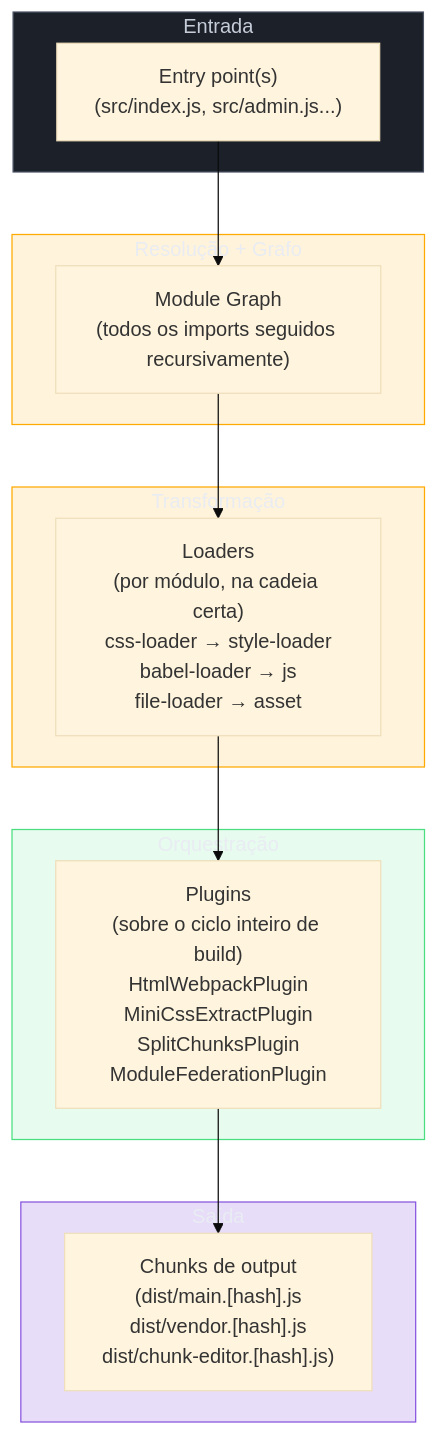
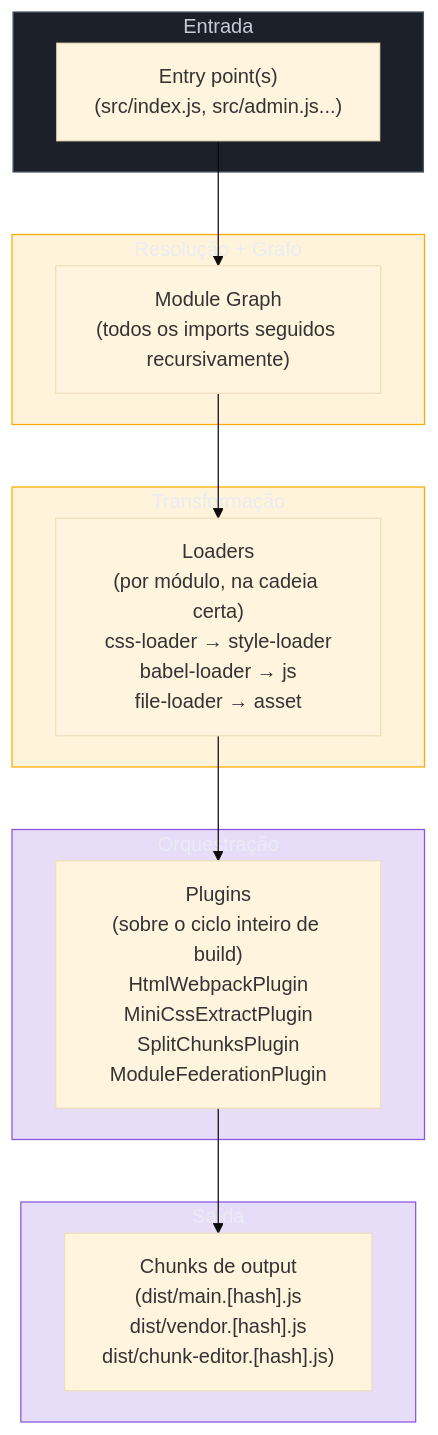
One commit to josenaldo/codex-technomanticus changed the first of 10 diagrams in 03-Dominios/Tecnologia/Tooling e Build/11 - webpack - o veterano.md. Above: the diagram before and after it, drawn with Mermaid (base theme). The commit also changed other lines of this file and 601 other files, not shown here.

````diff
--- a/03-Dominios/Tecnologia/Tooling e Build/11 - webpack - o veterano.md
+++ b/03-Dominios/Tecnologia/Tooling e Build/11 - webpack - o veterano.md
@@ -53,34 +53,33 @@
 ```mermaid
 flowchart TD
     classDef neutro fill:#1B2029,stroke:#4E5666,color:#C6CCD8
     classDef destaque fill:#FFAA0024,stroke:#FFAA00,color:#E9ECF2
-    classDef ok fill:#4ADE8021,stroke:#4ADE80,color:#E9ECF2
     classDef marca fill:#8855DF33,stroke:#8855DF,color:#E9ECF2
     subgraph INPUT["Entrada"]
         E["Entry point(s)\n(src/index.js, src/admin.js...)"]
     end
 
     subgraph RESOLVE["Resolução + Grafo"]
         G["Module Graph\n(todos os imports seguidos recursivamente)"]
     end
 
     subgraph TRANSFORM["Transformação"]
         L["Loaders\n(por módulo, na cadeia certa)\ncss-loader → style-loader\nbabel-loader → js\nfile-loader → asset"]
     end
 
     subgraph ORCHESTRATE["Orquestração"]
         P["Plugins\n(sobre o ciclo inteiro de build)\nHtmlWebpackPlugin\nMiniCssExtractPlugin\nSplitChunksPlugin\nModuleFederationPlugin"]
     end
 
     subgraph OUTPUT["Saída"]
         O["Chunks de output\n(dist/main.[hash].js\ndist/vendor.[hash].js\ndist/chunk-editor.[hash].js)"]
     end
 
     E --> G --> L --> P --> O
 
     class INPUT neutro
     class RESOLVE destaque
     class TRANSFORM destaque
-    class ORCHESTRATE ok
+    class ORCHESTRATE marca
     class OUTPUT marca
 ```
````
